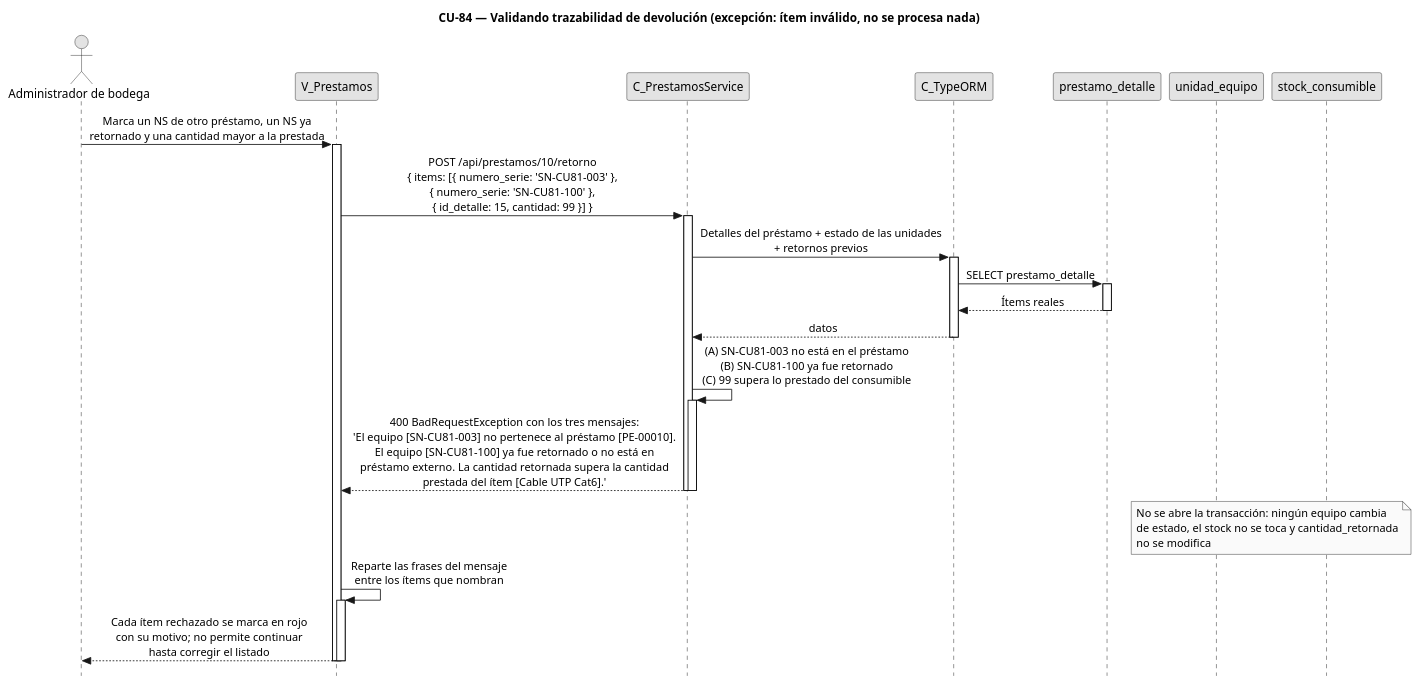
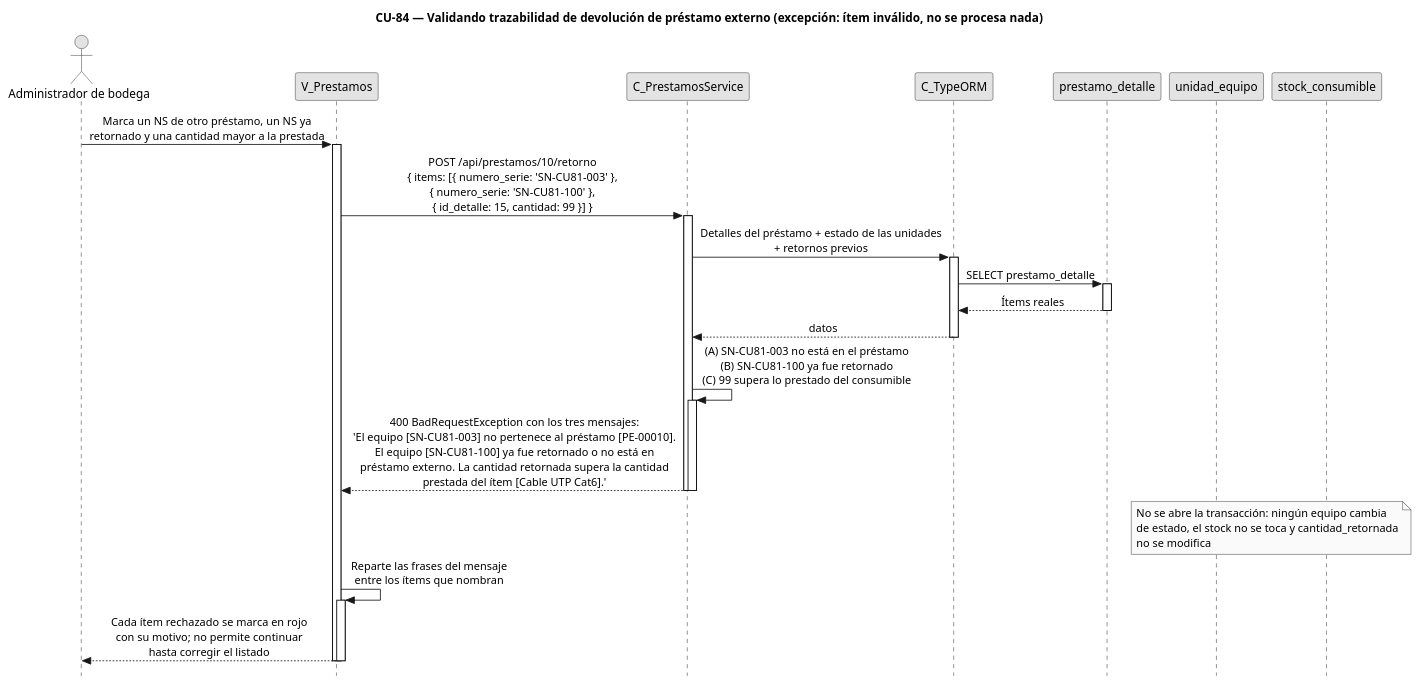
One commit to FSM-Finet-y-Cable-Magico/Team_1-Inventario-y-Bodega changed the diagram in diagramas/diagramas-secuencia/CU84/CU84-exc-item-invalido.puml. Above: the diagram before and after it, drawn with PlantUML. The commit also changed 23 other files, not shown here.

Commit message:
docs(diagramas): agrega el nombre oficial del CU a los títulos de CU-52/54/55/56/58/59/60/62/78/84 (formato incremento 1) y re-render

```diff
--- a/diagramas/diagramas-secuencia/CU84/CU84-exc-item-invalido.puml
+++ b/diagramas/diagramas-secuencia/CU84/CU84-exc-item-invalido.puml
@@ -1,61 +1,61 @@
 @startuml CU84-exc-item-invalido
-title CU-84 — Validando trazabilidad de devolución (excepción: ítem inválido, no se procesa nada)
+title CU-84 — Validando trazabilidad de devolución de préstamo externo (excepción: ítem inválido, no se procesa nada)
 
 skinparam style strictuml
 skinparam monochrome true
 skinparam shadowing false
 skinparam sequenceMessageAlign center
 <style>
 sequenceDiagram {
   participant {
     margin 35
   }
   actor {
     margin 15
   }
 }
 </style>
 skinparam sequence {
   MessageAlign center
   LifeLineBorderColor black
 }
 hide footbox
 
 actor "Administrador de bodega" as user
 participant "V_Prestamos" as view
 participant "C_PrestamosService" as svc
 participant "C_TypeORM" as orm
 participant "prestamo_detalle" as dent
 participant "unidad_equipo" as uent
 participant "stock_consumible" as sent
 
 user -> view : Marca un NS de otro préstamo, un NS ya\nretornado y una cantidad mayor a la prestada
 activate view
 
 view -> svc : POST /api/prestamos/10/retorno\n{ items: [{ numero_serie: 'SN-CU81-003' },\n{ numero_serie: 'SN-CU81-100' },\n{ id_detalle: 15, cantidad: 99 }] }
 activate svc
 
 svc -> orm : Detalles del préstamo + estado de las unidades\n+ retornos previos
 activate orm
 orm -> dent : SELECT prestamo_detalle
 activate dent
 dent --> orm : Ítems reales
 deactivate dent
 orm --> svc : datos
 deactivate orm
 
 svc -> svc : (A) SN-CU81-003 no está en el préstamo\n(B) SN-CU81-100 ya fue retornado\n(C) 99 supera lo prestado del consumible
 activate svc
 svc --> view : 400 BadRequestException con los tres mensajes:\n'El equipo [SN-CU81-003] no pertenece al préstamo [PE-00010].\nEl equipo [SN-CU81-100] ya fue retornado o no está en\npréstamo externo. La cantidad retornada supera la cantidad\nprestada del ítem [Cable UTP Cat6].'
 deactivate svc
 deactivate svc
 
 note over uent, sent : No se abre la transacción: ningún equipo cambia\nde estado, el stock no se toca y cantidad_retornada\nno se modifica
 
 view -> view : Reparte las frases del mensaje\nentre los ítems que nombran
 activate view
 view --> user : Cada ítem rechazado se marca en rojo\ncon su motivo; no permite continuar\nhasta corregir el listado
 deactivate view
 deactivate view
 
 @enduml
```
